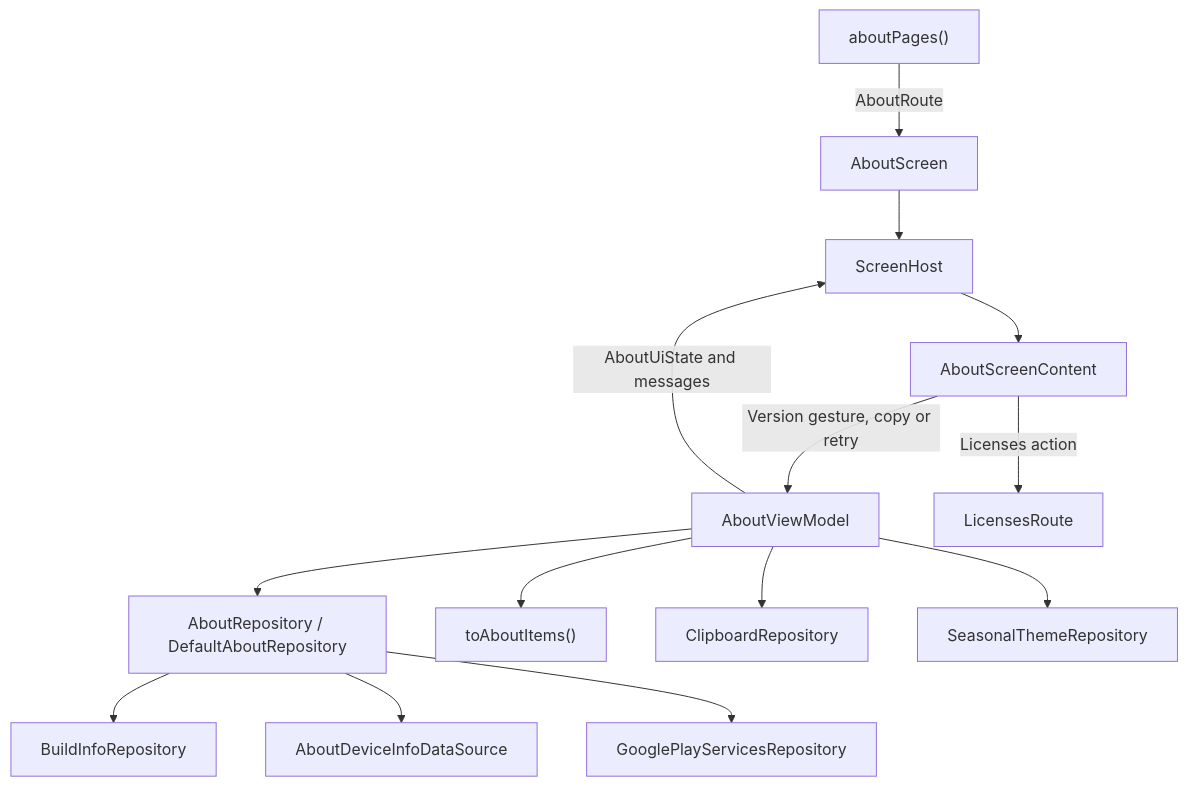
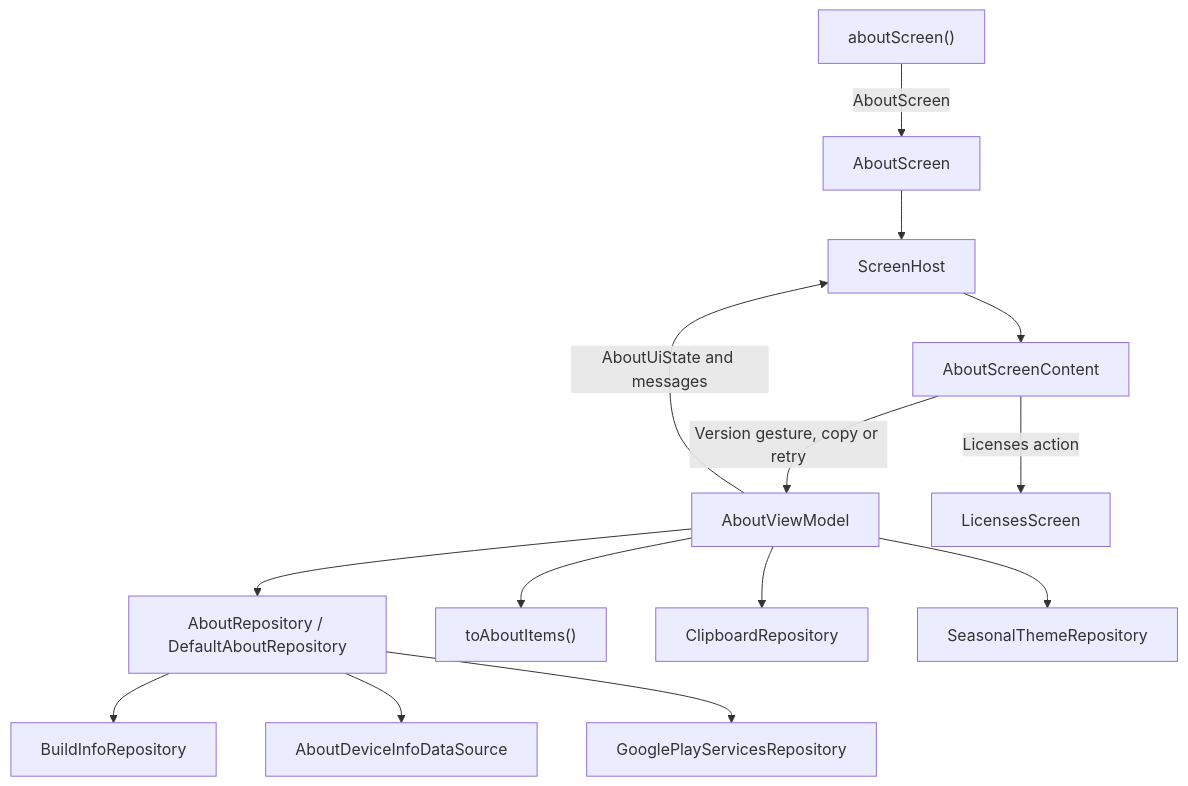
Before and after one commit to MihaiCristianCondrea/App-Toolkit-for-Android: the diagram in library/feature/about/README.md, drawn with Mermaid. The commit also changed other lines of this file and 125 other files, not shown here.

````diff
--- a/library/feature/about/README.md
+++ b/library/feature/about/README.md
@@ -55,16 +55,16 @@
 ```mermaid
 flowchart TD
-    Entry["aboutPages()"] -->|"AboutRoute"| Screen["AboutScreen"]
+    Entry["aboutScreen()"] -->|"AboutScreen"| Screen["AboutScreen"]
     Screen --> Host["ScreenHost"]
     Host --> Content["AboutScreenContent"]
     Content -->|"Version gesture, copy or retry"| VM["AboutViewModel"]
-    Content -->|"Licenses action"| Licenses["LicensesRoute"]
+    Content -->|"Licenses action"| Licenses["LicensesScreen"]
     VM -->|"AboutUiState and messages"| Host
     VM --> Repo["AboutRepository / DefaultAboutRepository"]
     Repo --> Build["BuildInfoRepository"]
     Repo --> Device["AboutDeviceInfoDataSource"]
     Repo --> Gms["GooglePlayServicesRepository"]
     VM --> Mapper["toAboutItems()"]
     VM --> Clipboard["ClipboardRepository"]
     VM --> Unlock["SeasonalThemeRepository"]
 ```
````
